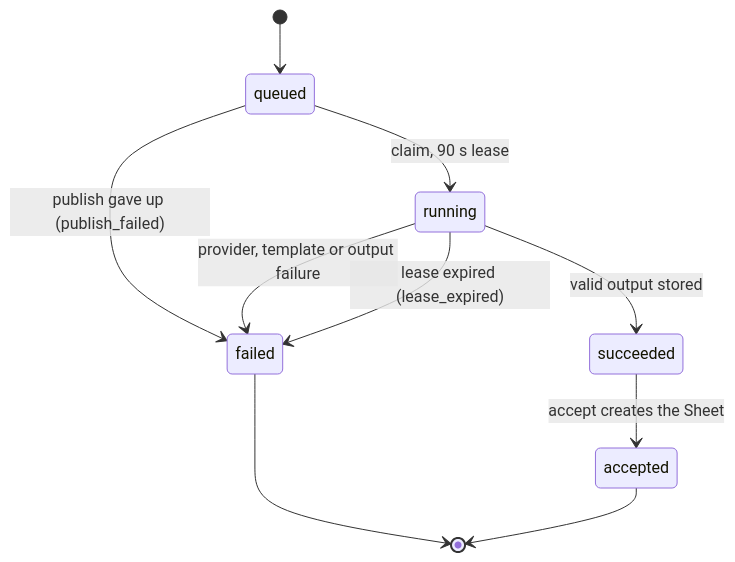
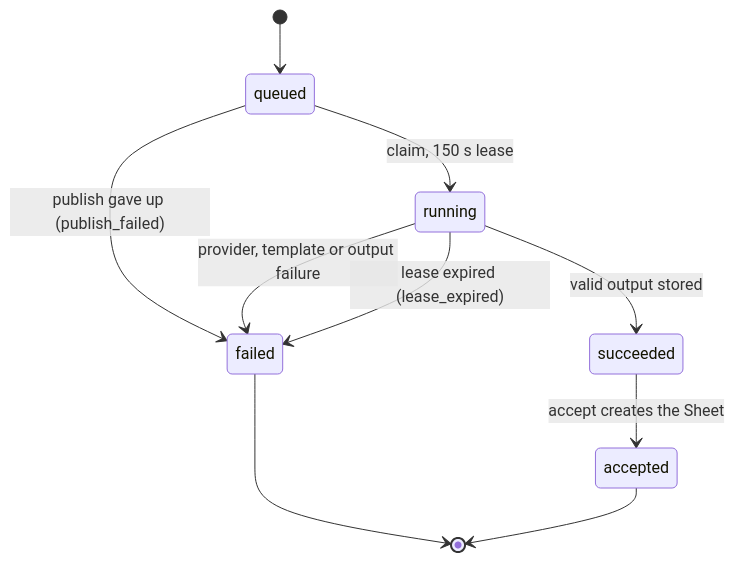
The second of 2 diagrams in context/generation.md (paulo-valleriote/legnaris), drawn with Mermaid before and after one commit. The commit also changed other lines of this file and 11 other files, not shown here.

````diff
--- a/context/generation.md
+++ b/context/generation.md
@@ -66,12 +66,12 @@
 ```mermaid
 stateDiagram-v2
     [*] --> queued
-    queued --> running: claim, 90 s lease
+    queued --> running: claim, 150 s lease
     queued --> failed: publish gave up (publish_failed)
     running --> succeeded: valid output stored
     running --> failed: provider, template or output failure
     running --> failed: lease expired (lease_expired)
     succeeded --> accepted: accept creates the Sheet
     failed --> [*]
     accepted --> [*]
 ```
````
